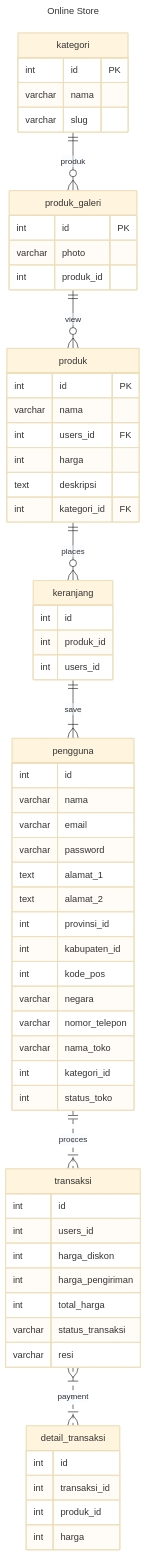
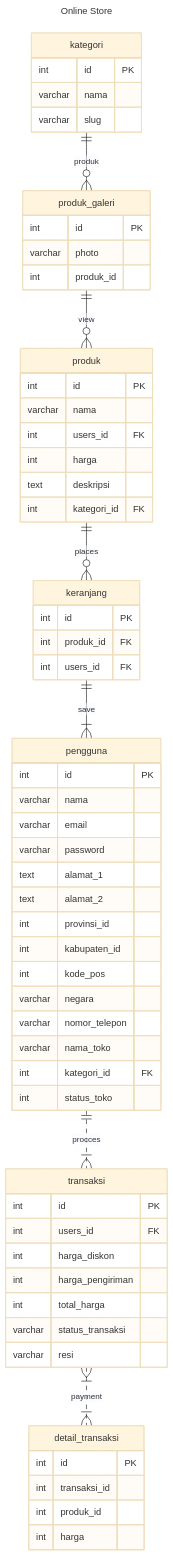
Before and after one commit to sugazq/jobInterview: the first of 2 diagrams in job-interview-answers.md, drawn with Mermaid (base theme).

````diff
--- a/job-interview-answers.md
+++ b/job-interview-answers.md
@@ -58,56 +58,56 @@
 ```mermaid
 ---
 title: Online Store
 ---
 erDiagram
     kategori ||--o{ produk_galeri : produk kategori {
         int id PK
         varchar nama
         varchar slug
 } produk_galeri ||--o{ produk : view produk_galeri {
         int id PK
         varchar photo
         int produk_id
 } produk ||--o{ keranjang : places produk {
         int id PK
         varchar nama
         int users_id FK
         int harga
         text deskripsi
         int kategori_id FK
 } keranjang ||--|{ pengguna : save keranjang {
-        int id
-        int produk_id
-        int users_id
+        int id PK
+        int produk_id FK
+        int users_id FK
 } pengguna ||..|{ transaksi : procces pengguna {
-        int id
+        int id PK
         varchar nama
         varchar email
         varchar password
         text alamat_1
         text alamat_2
         int provinsi_id
         int kabupaten_id
         int kode_pos
         varchar negara
         varchar nomor_telepon
         varchar nama_toko
-        int kategori_id
+        int kategori_id FK
         int status_toko
 } transaksi }|..|{ detail_transaksi : payment transaksi {
-        int id
-        int users_id
+        int id PK
+        int users_id FK
         int harga_diskon
         int harga_pengiriman
         int total_harga
         varchar status_transaksi
         varchar resi
 } detail_transaksi {
-        int id
+        int id PK
         int transaksi_id
         int produk_id
         int harga
 }
 
     
 ```
````
